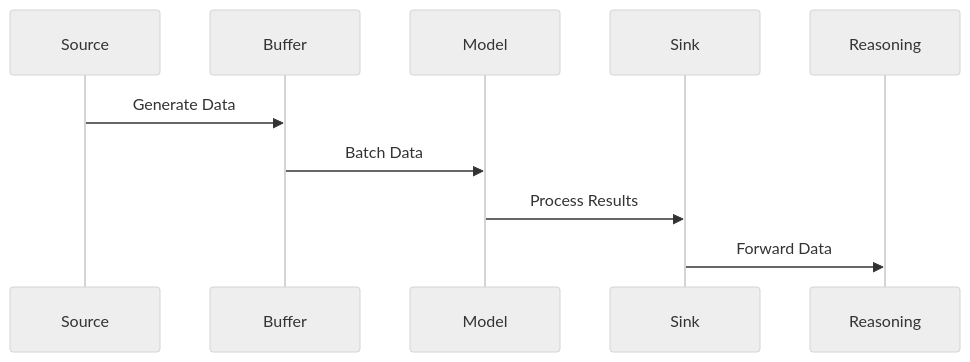
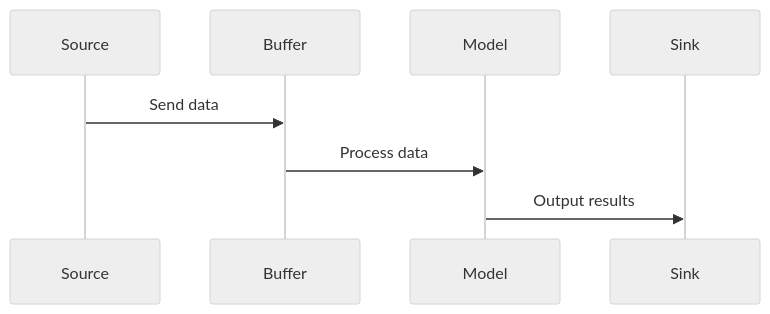
Before and after one commit to aitomatic/dana: the second of 2 diagrams in dxa/execution/pipeline/README.md, drawn with Mermaid (neutral theme). The commit also changed other lines of this file and 48 other files, not shown here.

````diff
--- a/dxa/execution/pipeline/README.md
+++ b/dxa/execution/pipeline/README.md
@@ -94,12 +119,11 @@
 ```mermaid
 sequenceDiagram
     participant S as Source
     participant B as Buffer
     participant M as Model
     participant SK as Sink
 
-    S->>B: Generate Data
-    B->>M: Batch Data
-    M->>SK: Process Results
-    SK->>Reasoning: Forward Data
+    S->>B: Send data
+    B->>M: Process data
+    M->>SK: Output results
 ```
````
